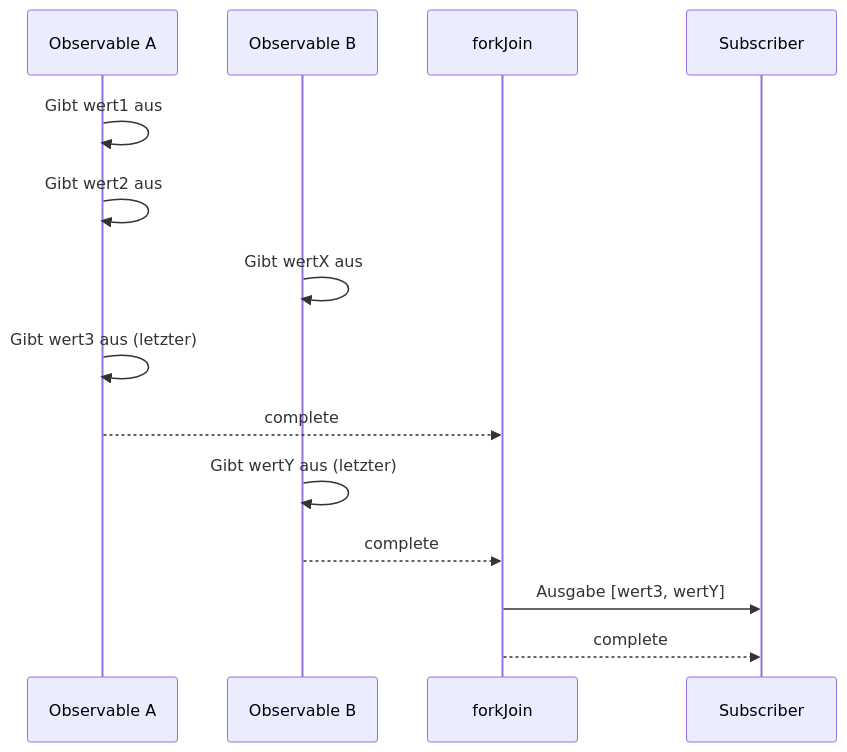
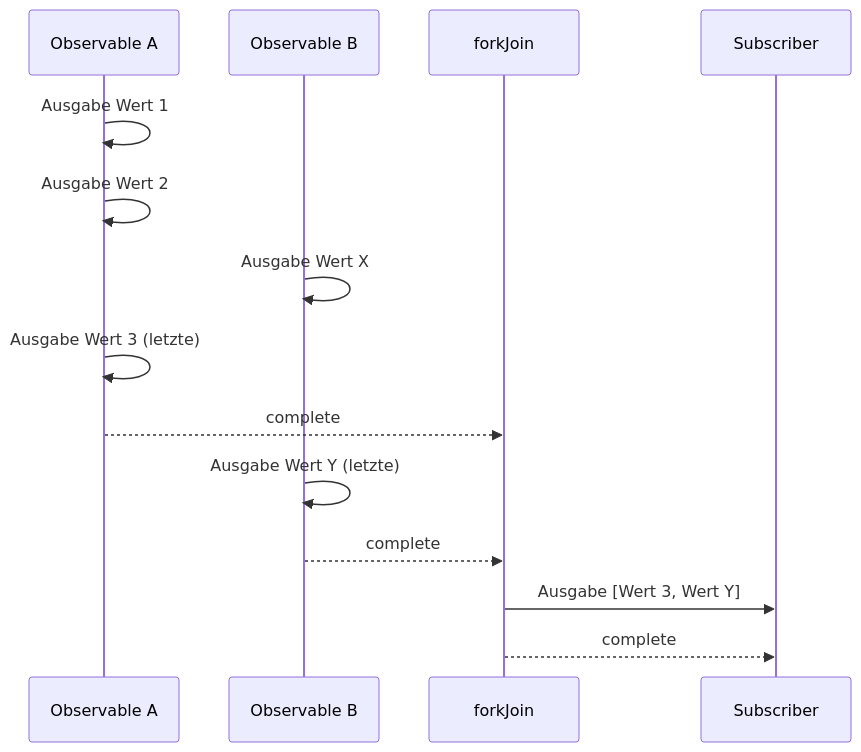
The first of 4 diagrams in docs/de/guide/creation-functions/combination/forkJoin-vs-combineLatest.md (shuji-bonji/RxJS-with-TypeScript), drawn with Mermaid before and after one commit. The commit also changed other lines of this file and 6 other files, not shown here.

````diff
--- a/docs/de/guide/creation-functions/combination/forkJoin-vs-combineLatest.md
+++ b/docs/de/guide/creation-functions/combination/forkJoin-vs-combineLatest.md
@@ -34,17 +35,17 @@
 ```mermaid
 sequenceDiagram
     participant A as Observable A
     participant B as Observable B
     participant F as forkJoin
     participant S as Subscriber
 
-    A->>A: Gibt wert1 aus
-    A->>A: Gibt wert2 aus
-    B->>B: Gibt wertX aus
-    A->>A: Gibt wert3 aus (letzter)
+    A->>A: Ausgabe Wert 1
+    A->>A: Ausgabe Wert 2
+    B->>B: Ausgabe Wert X
+    A->>A: Ausgabe Wert 3 (letzte)
     A-->>F: complete
-    B->>B: Gibt wertY aus (letzter)
+    B->>B: Ausgabe Wert Y (letzte)
     B-->>F: complete
-    F->>S: Ausgabe [wert3, wertY]
+    F->>S: Ausgabe [Wert 3, Wert Y]
     F-->>S: complete
 ```
````
